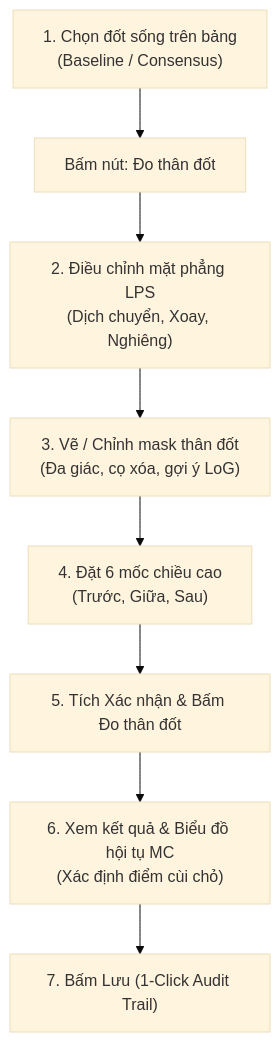
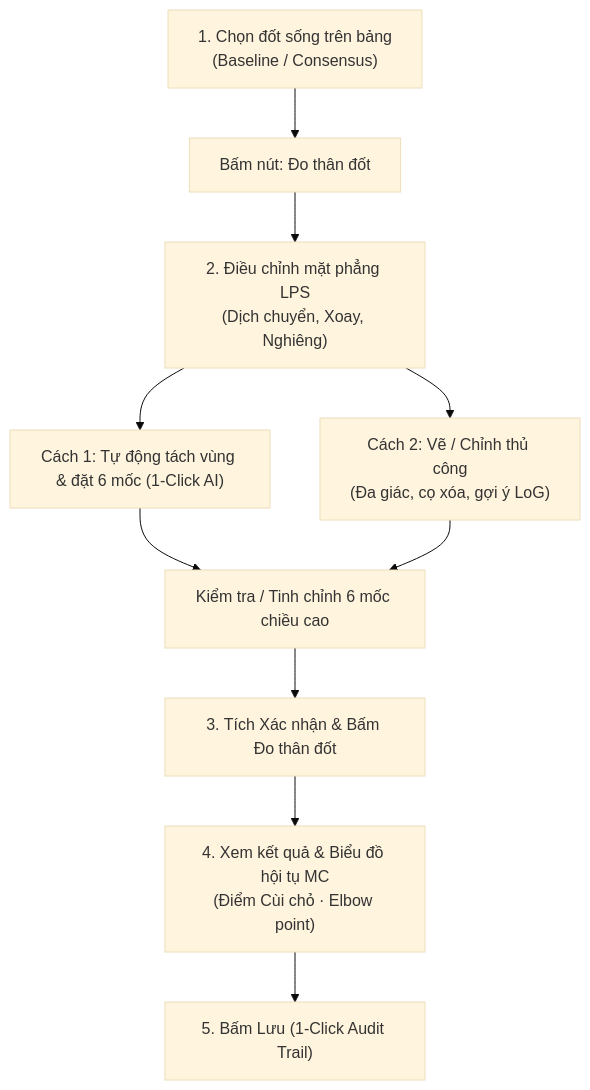
The diagram in docs/guides/User_guild.md (thaong2005/Diagnosis-System-for-Spinal-Lesions-Using-CT), drawn with Mermaid (base theme) before and after one commit. The commit also changed other lines of this file and 7 other files, not shown here.

First line of the commit message:
feat(morphometry): tự động tách vùng và đặt 6 mốc đo thân đốt

````diff
--- a/docs/guides/User_guild.md
+++ b/docs/guides/User_guild.md
@@ -100,10 +100,12 @@
 ```mermaid
 flowchart TD
     A["1. Chọn đốt sống trên bảng<br>(Baseline / Consensus)"] --> B["Bấm nút: Đo thân đốt"]
     B --> C["2. Điều chỉnh mặt phẳng LPS<br>(Dịch chuyển, Xoay, Nghiêng)"]
-    C --> D["3. Vẽ / Chỉnh mask thân đốt<br>(Đa giác, cọ xóa, gợi ý LoG)"]
-    D --> E["4. Đặt 6 mốc chiều cao<br>(Trước, Giữa, Sau)"]
-    E --> F["5. Tích Xác nhận & Bấm Đo thân đốt"]
-    F --> G["6. Xem kết quả & Biểu đồ hội tụ MC<br>(Xác định điểm cùi chỏ)"]
-    G --> H["7. Bấm Lưu (1-Click Audit Trail)"]
+    C --> D1["Cách 1: Tự động tách vùng & đặt 6 mốc (1-Click AI)"]
+    C --> D2["Cách 2: Vẽ / Chỉnh thủ công<br>(Đa giác, cọ xóa, gợi ý LoG)"]
+    D1 --> E["Kiểm tra / Tinh chỉnh 6 mốc chiều cao"]
+    D2 --> E
+    E --> F["3. Tích Xác nhận & Bấm Đo thân đốt"]
+    F --> G["4. Xem kết quả & Biểu đồ hội tụ MC<br>(Điểm Cùi chỏ · Elbow point)"]
+    G --> H["5. Bấm Lưu (1-Click Audit Trail)"]
 ```
````
